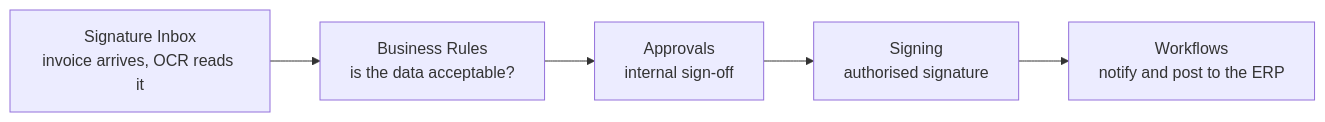
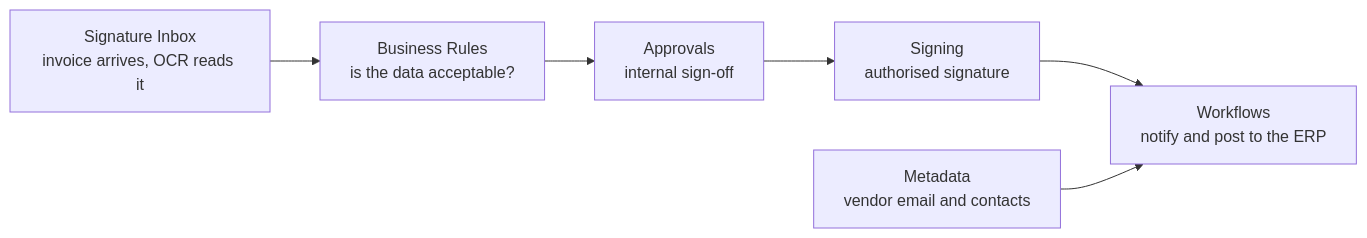
Before and after one commit to jesseframework/hubsign_by_documenso: the diagram in apps/documentation/pages/organization/index.mdx, drawn with Mermaid. The commit also changed other lines of this file and 31 other files, not shown here.

````diff
--- a/apps/documentation/pages/organization/index.mdx
+++ b/apps/documentation/pages/organization/index.mdx
@@ -40,7 +43,8 @@
 ```mermaid
 flowchart LR
     A[Signature Inbox<br/>invoice arrives, OCR reads it] --> B[Business Rules<br/>is the data acceptable?]
     B --> C[Approvals<br/>internal sign-off]
     C --> D[Signing<br/>authorised signature]
     D --> E[Workflows<br/>notify and post to the ERP]
+    F[Metadata<br/>vendor email and contacts] --> E
 ```
````
